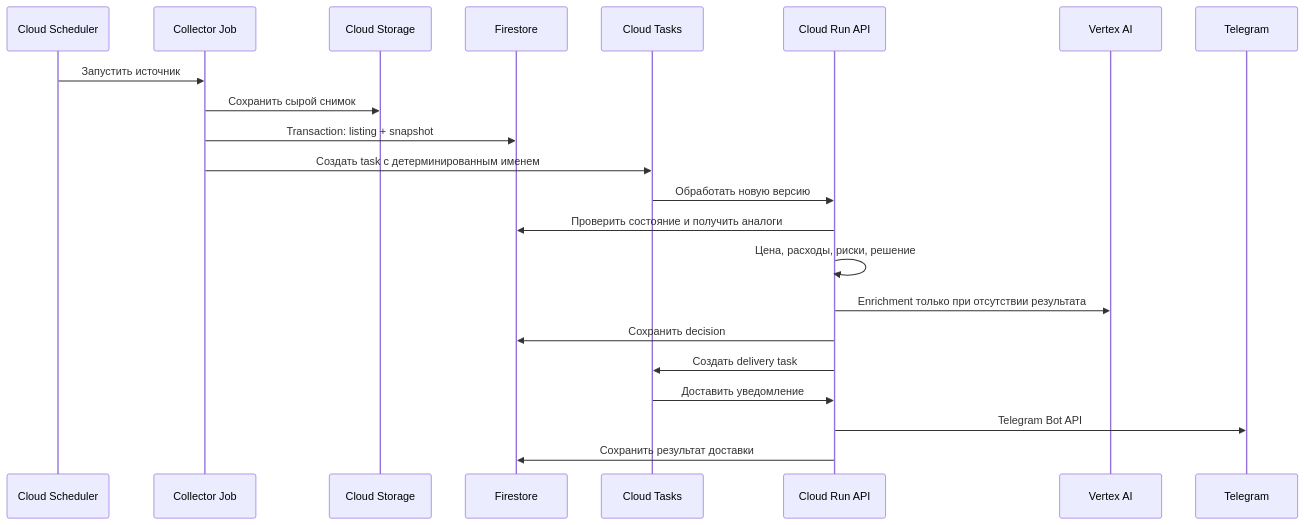
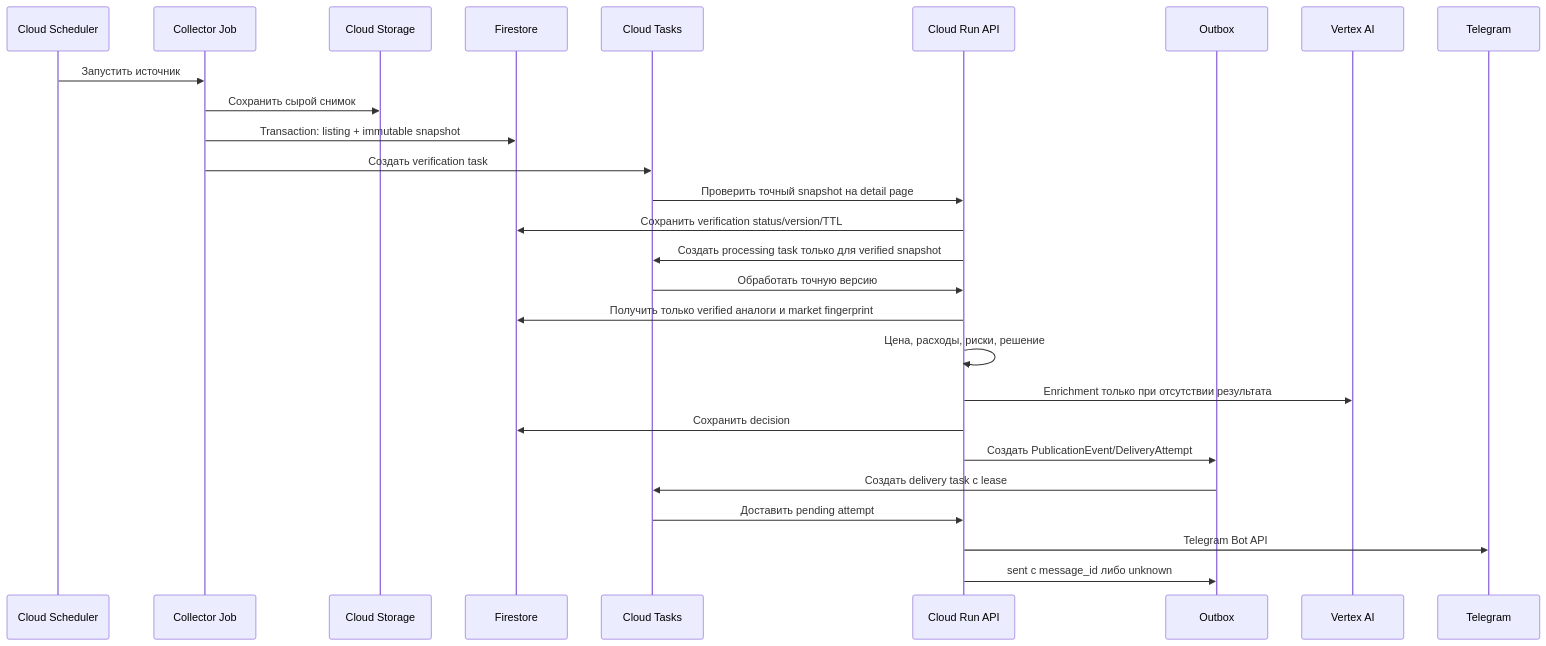
Before and after one commit to AVOINVESTGROUP/Deal_Sniper: the diagram in docs/CLOUD_ARCHITECTURE.md, drawn with Mermaid. The commit also changed other lines of this file and 6 other files, not shown here.

````diff
--- a/docs/CLOUD_ARCHITECTURE.md
+++ b/docs/CLOUD_ARCHITECTURE.md
@@ -27,25 +27,30 @@
 ```mermaid
 sequenceDiagram
     participant S as Cloud Scheduler
     participant J as Collector Job
     participant G as Cloud Storage
     participant F as Firestore
     participant Q as Cloud Tasks
     participant A as Cloud Run API
+    participant O as Outbox
     participant V as Vertex AI
     participant T as Telegram
 
     S->>J: Запустить источник
     J->>G: Сохранить сырой снимок
-    J->>F: Transaction: listing + snapshot
-    J->>Q: Создать task с детерминированным именем
-    Q->>A: Обработать новую версию
-    A->>F: Проверить состояние и получить аналоги
+    J->>F: Transaction: listing + immutable snapshot
+    J->>Q: Создать verification task
+    Q->>A: Проверить точный snapshot на detail page
+    A->>F: Сохранить verification status/version/TTL
+    A->>Q: Создать processing task только для verified snapshot
+    Q->>A: Обработать точную версию
+    A->>F: Получить только verified аналоги и market fingerprint
     A->>A: Цена, расходы, риски, решение
     A->>V: Enrichment только при отсутствии результата
     A->>F: Сохранить decision
-    A->>Q: Создать delivery task
-    Q->>A: Доставить уведомление
+    A->>O: Создать PublicationEvent/DeliveryAttempt
+    O->>Q: Создать delivery task с lease
+    Q->>A: Доставить pending attempt
     A->>T: Telegram Bot API
-    A->>F: Сохранить результат доставки
+    A->>O: sent с message_id либо unknown
 ```
````
